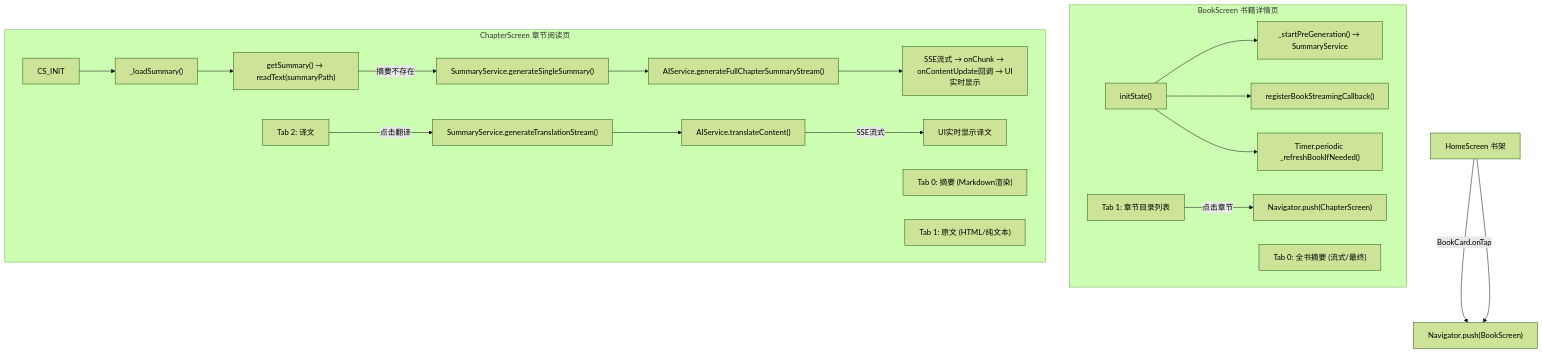
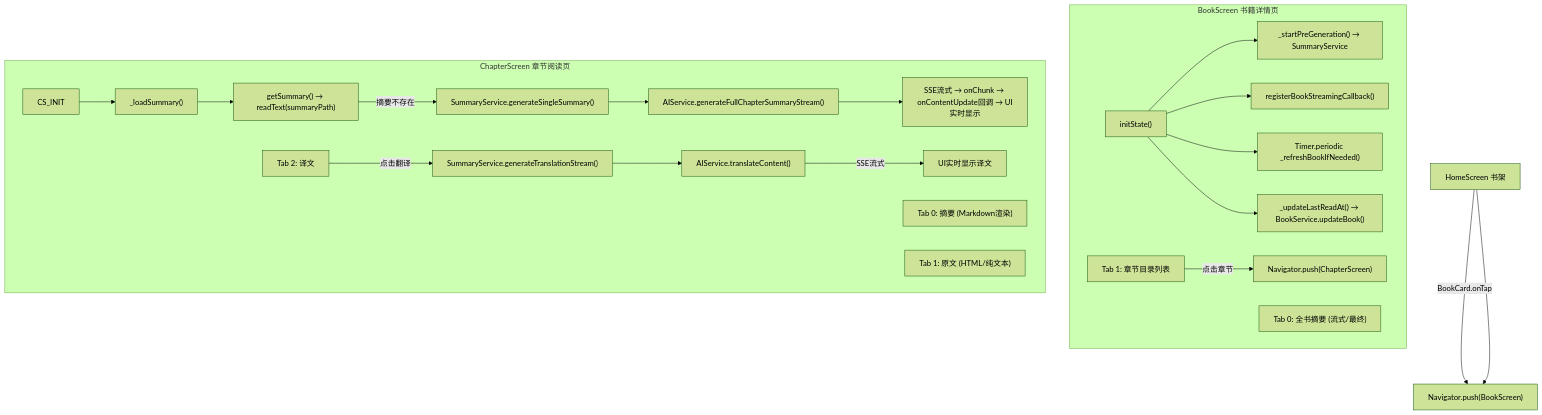
Before and after one commit to jjzhang2000/zhidu: the third of 11 diagrams in docs/function_call_relationships_visual.md, drawn with Mermaid (forest theme). The commit also changed other lines of this file and 4 other files, not shown here.

Commit message:
feat: 阅读进度追踪 — totalChapters 解析后保存并优先读缓存，lastReadAt 打开时更新，书架按最近阅读排序

````diff
--- a/docs/function_call_relationships_visual.md
+++ b/docs/function_call_relationships_visual.md
@@ -172,31 +172,32 @@
 ```mermaid
 flowchart TD
     HOME["HomeScreen 书架"] --> |"BookCard.onTap"| BOOK_SCREEN["Navigator.push(BookScreen)"]
 
     subgraph "BookScreen 书籍详情页"
         BS_INIT["initState()"] --> PRE["_startPreGeneration() → SummaryService"]
         BS_INIT --> REG["registerBookStreamingCallback()"]
         BS_INIT --> TIMER["Timer.periodic _refreshBookIfNeeded()"]
+        BS_INIT --> LU["_updateLastReadAt() → BookService.updateBook()"]
         TAB0["Tab 0: 全书摘要 (流式/最终)"]
         TAB1["Tab 1: 章节目录列表"]
         TAB1 --> |"点击章节"| CHAPTER_SCREEN["Navigator.push(ChapterScreen)"]
     end
 
     subgraph "ChapterScreen 章节阅读页"
         CS_INIT --> LOAD["_loadSummary()"]
         LOAD --> LOCAL["getSummary() → readText(summaryPath)"]
         LOCAL --> |"摘要不存在"| GEN["SummaryService.generateSingleSummary()"]
         GEN --> AI["AIService.generateFullChapterSummaryStream()"]
         AI --> STREAM["SSE流式 → onChunk → onContentUpdate回调 → UI实时显示"]
 
         TAB_SUMMARY["Tab 0: 摘要 (Markdown渲染)"]
         TAB_ORIG["Tab 1: 原文 (HTML/纯文本)"]
         TAB_TRANS["Tab 2: 译文"]
 
         TAB_TRANS --> |"点击翻译"| TRANS["SummaryService.generateTranslationStream()"]
         TRANS --> TRANS_AI["AIService.translateContent()"]
         TRANS_AI --> |"SSE流式"| TRANS_UI["UI实时显示译文"]
     end
 
     HOME --> BOOK_SCREEN
 ```
````
